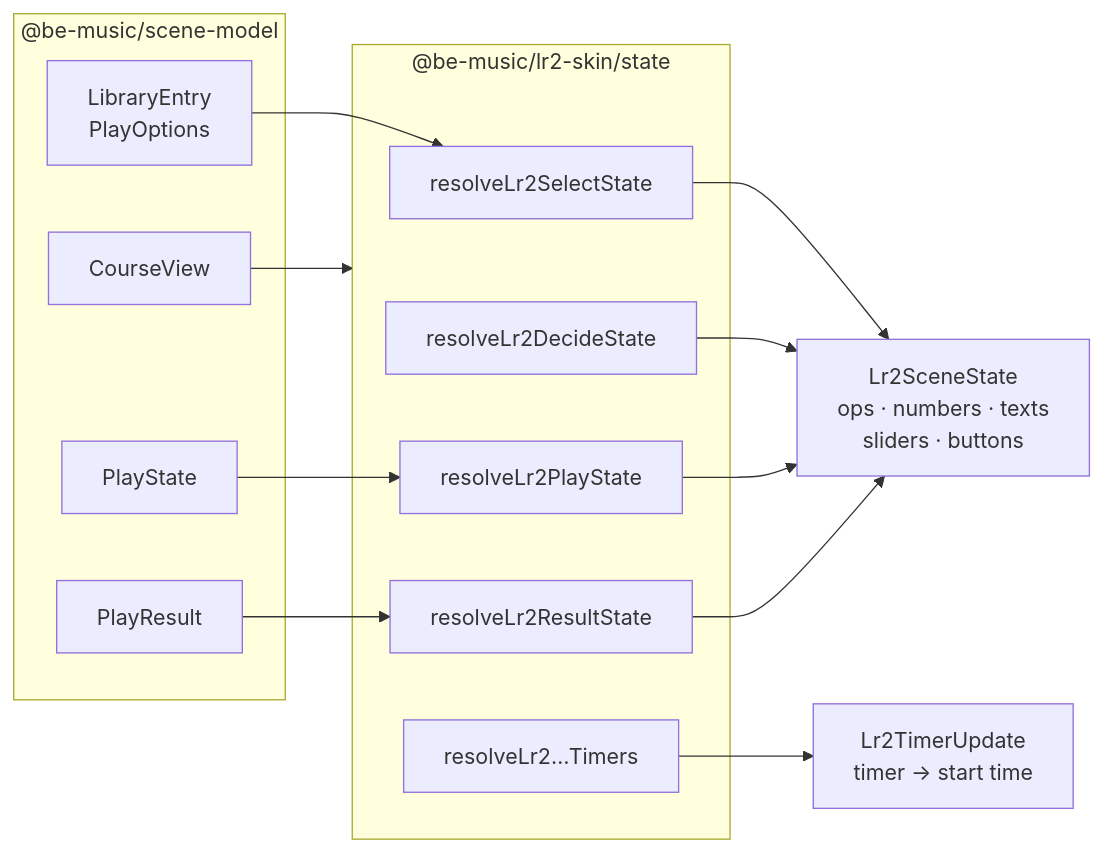
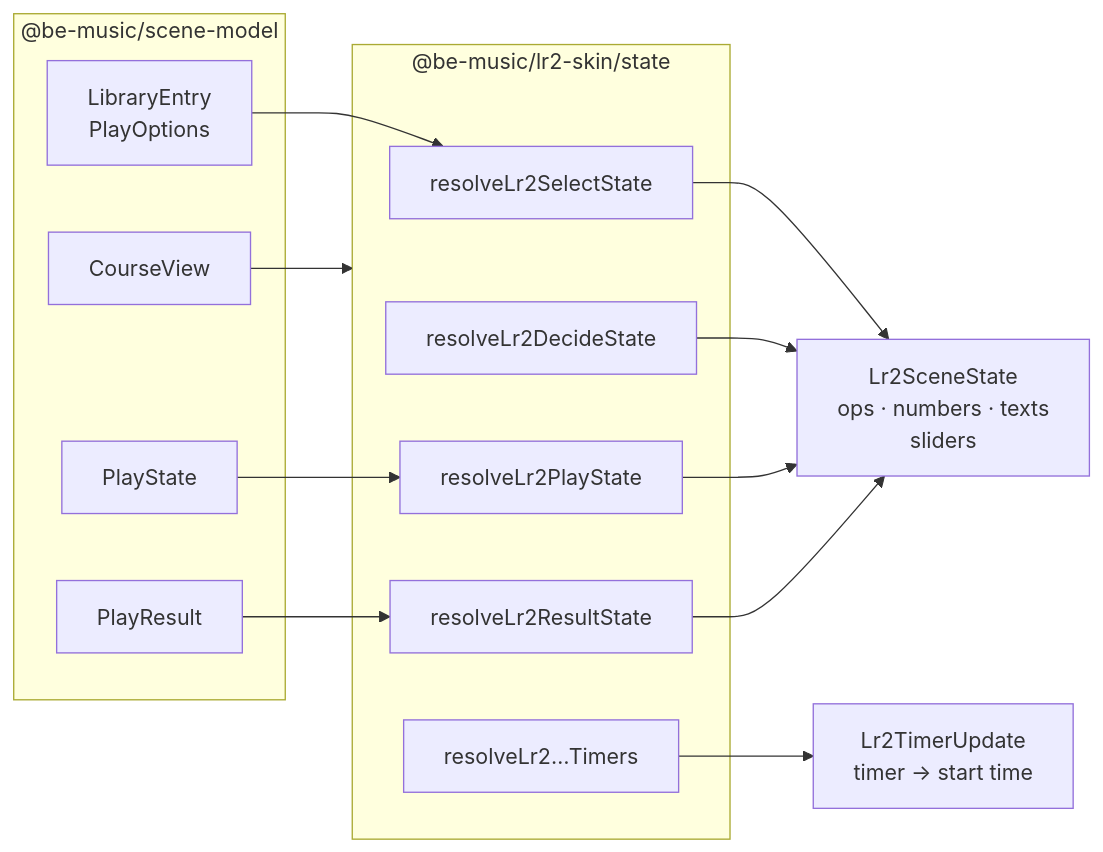
Before and after one commit to nulltask/be-music: the diagram in docs/lr2-skin.md, drawn with Mermaid. The commit also changed other lines of this file and 5 other files, not shown here.

````diff
--- a/docs/lr2-skin.md
+++ b/docs/lr2-skin.md
@@ -89,28 +89,28 @@
 ```mermaid
 flowchart LR
   subgraph models["@be-music/scene-model"]
     entry["LibraryEntry<br/>PlayOptions"]
     play["PlayState"]
     result["PlayResult"]
     course["CourseView"]
   end
   subgraph state["@be-music/lr2-skin/state"]
     select["resolveLr2SelectState"]
     decide["resolveLr2DecideState"]
     playing["resolveLr2PlayState"]
     results["resolveLr2ResultState"]
     timers["resolveLr2…Timers"]
   end
-  ids["Lr2SceneState<br/>ops · numbers · texts<br/>sliders · buttons"]
+  ids["Lr2SceneState<br/>ops · numbers · texts<br/>sliders"]
   starts["Lr2TimerUpdate<br/>timer → start time"]
 
   entry --> select
   play --> playing
   result --> results
   course --> state
   select --> ids
   decide --> ids
   playing --> ids
   results --> ids
   timers --> starts
 ```
````
